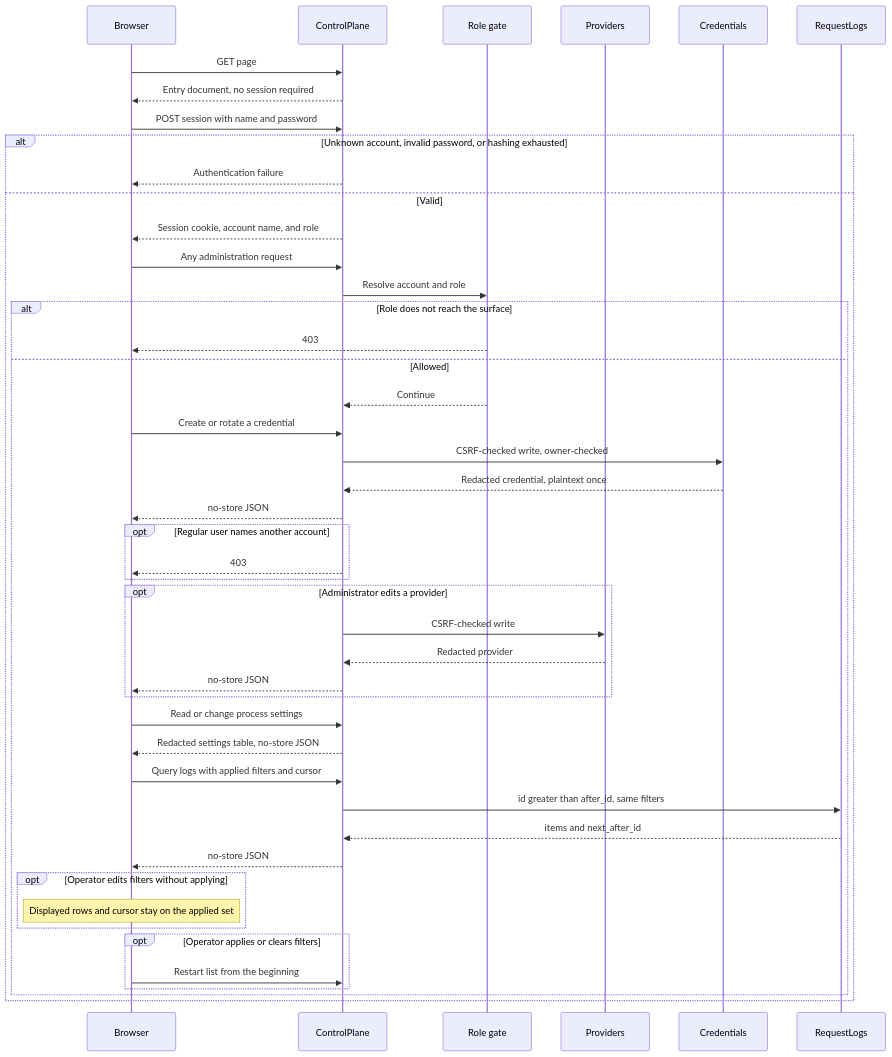
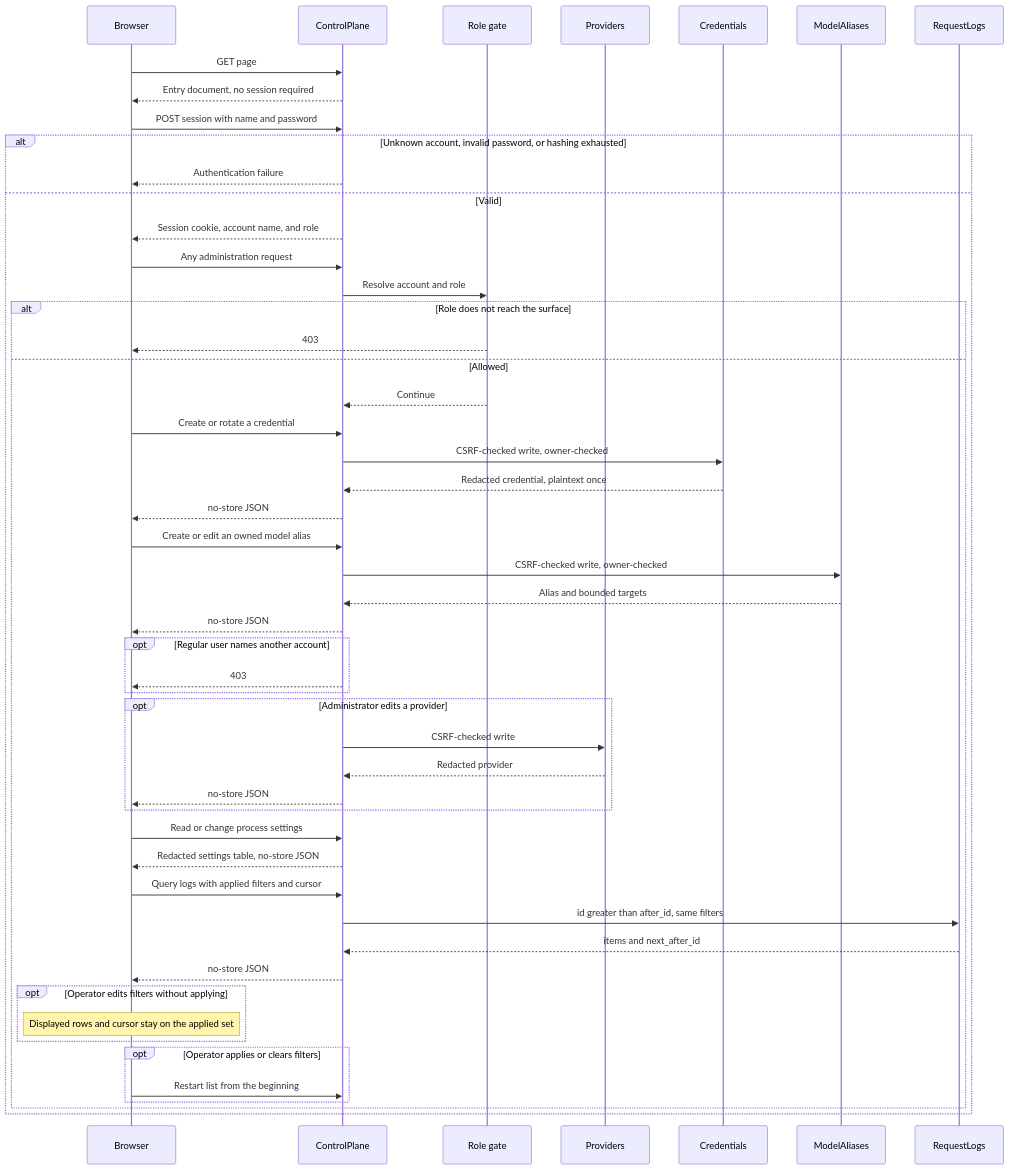
Before and after one commit to sequencestream/tokenstream: the diagram in doc/modules/administration.md, drawn with Mermaid. The commit also changed other lines of this file and 25 other files, not shown here.

First line of the commit message:
feat: give accounts durable model alias configuration

````diff
--- a/doc/modules/administration.md
+++ b/doc/modules/administration.md
@@ -29,49 +29,54 @@
 ```mermaid
 sequenceDiagram
     participant B as Browser
     participant C as ControlPlane
     participant G as Role gate
     participant P as Providers
     participant K as Credentials
+    participant Aliases as ModelAliases
     participant Logs as RequestLogs
 
     B->>C: GET page
     C-->>B: Entry document, no session required
     B->>C: POST session with name and password
     alt Unknown account, invalid password, or hashing exhausted
         C-->>B: Authentication failure
     else Valid
         C-->>B: Session cookie, account name, and role
         B->>C: Any administration request
         C->>G: Resolve account and role
         alt Role does not reach the surface
             G-->>B: 403
         else Allowed
             G-->>C: Continue
             B->>C: Create or rotate a credential
             C->>K: CSRF-checked write, owner-checked
             K-->>C: Redacted credential, plaintext once
+            C-->>B: no-store JSON
+            B->>C: Create or edit an owned model alias
+            C->>Aliases: CSRF-checked write, owner-checked
+            Aliases-->>C: Alias and bounded targets
             C-->>B: no-store JSON
             opt Regular user names another account
                 C-->>B: 403
             end
             opt Administrator edits a provider
                 C->>P: CSRF-checked write
                 P-->>C: Redacted provider
                 C-->>B: no-store JSON
             end
             B->>C: Read or change process settings
             C-->>B: Redacted settings table, no-store JSON
             B->>C: Query logs with applied filters and cursor
             C->>Logs: id greater than after_id, same filters
             Logs-->>C: items and next_after_id
             C-->>B: no-store JSON
             opt Operator edits filters without applying
                 Note over B: Displayed rows and cursor stay on the applied set
             end
             opt Operator applies or clears filters
                 B->>C: Restart list from the beginning
             end
         end
     end
 ```
````
